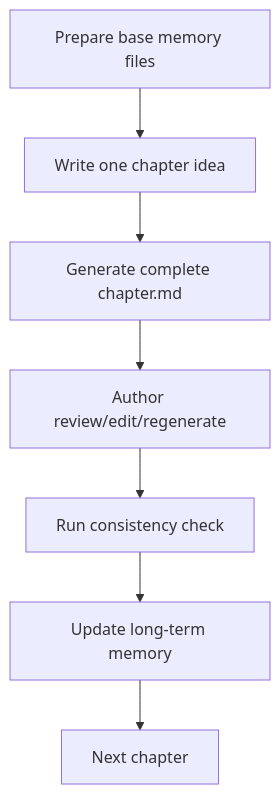
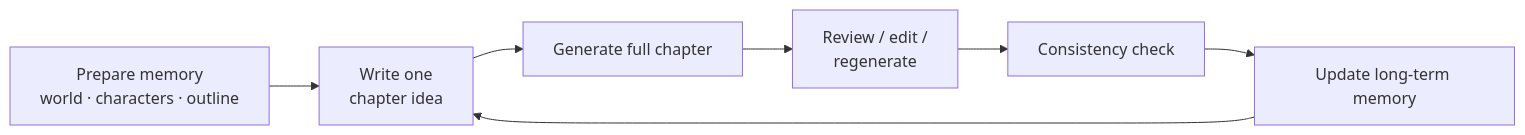
The diagram in README_EN.md (DuckTraDo/Novel), drawn with Mermaid before and after one commit. The commit also changed other lines of this file, not shown here.

````diff
--- a/README_EN.md
+++ b/README_EN.md
@@ -22,9 +105,9 @@
 ```mermaid
-flowchart TD
-    A["Prepare base memory files"] --> B["Write one chapter idea"]
-    B --> C["Generate complete chapter.md"]
-    C --> D["Author review/edit/regenerate"]
-    D --> E["Run consistency check"]
+flowchart LR
+    A["Prepare memory<br/>world · characters · outline"] --> B["Write one<br/>chapter idea"]
+    B --> C["Generate full chapter"]
+    C --> D["Review / edit /<br/>regenerate"]
+    D --> E["Consistency check"]
     E --> F["Update long-term memory"]
-    F --> G["Next chapter"]
+    F --> B
 ```
````
